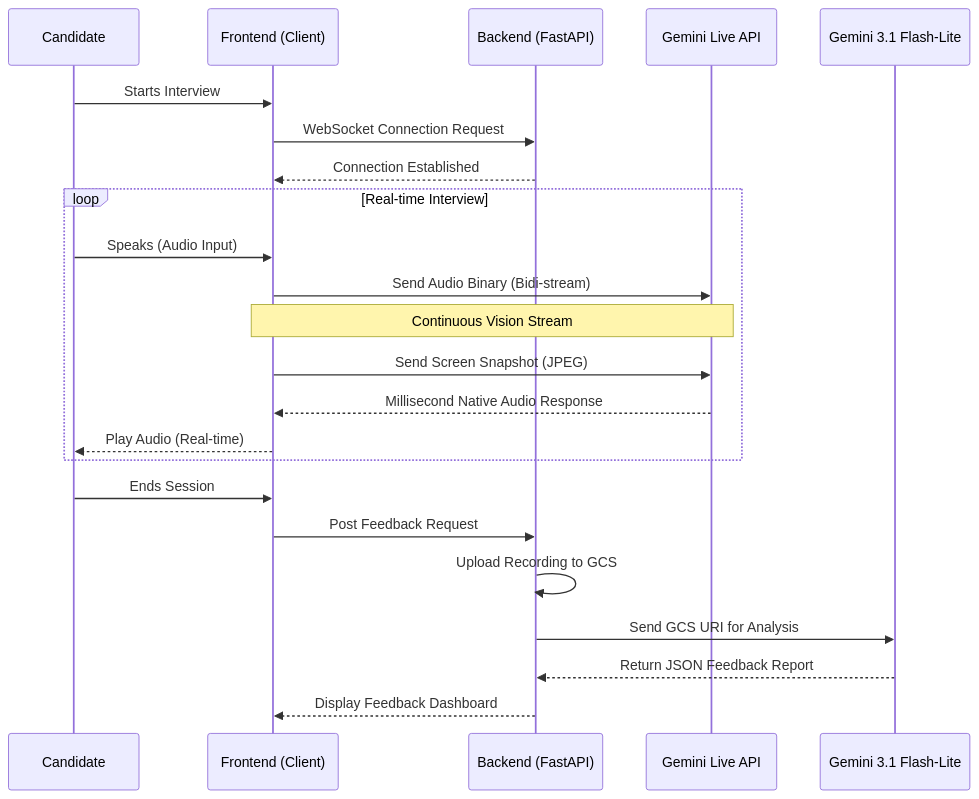
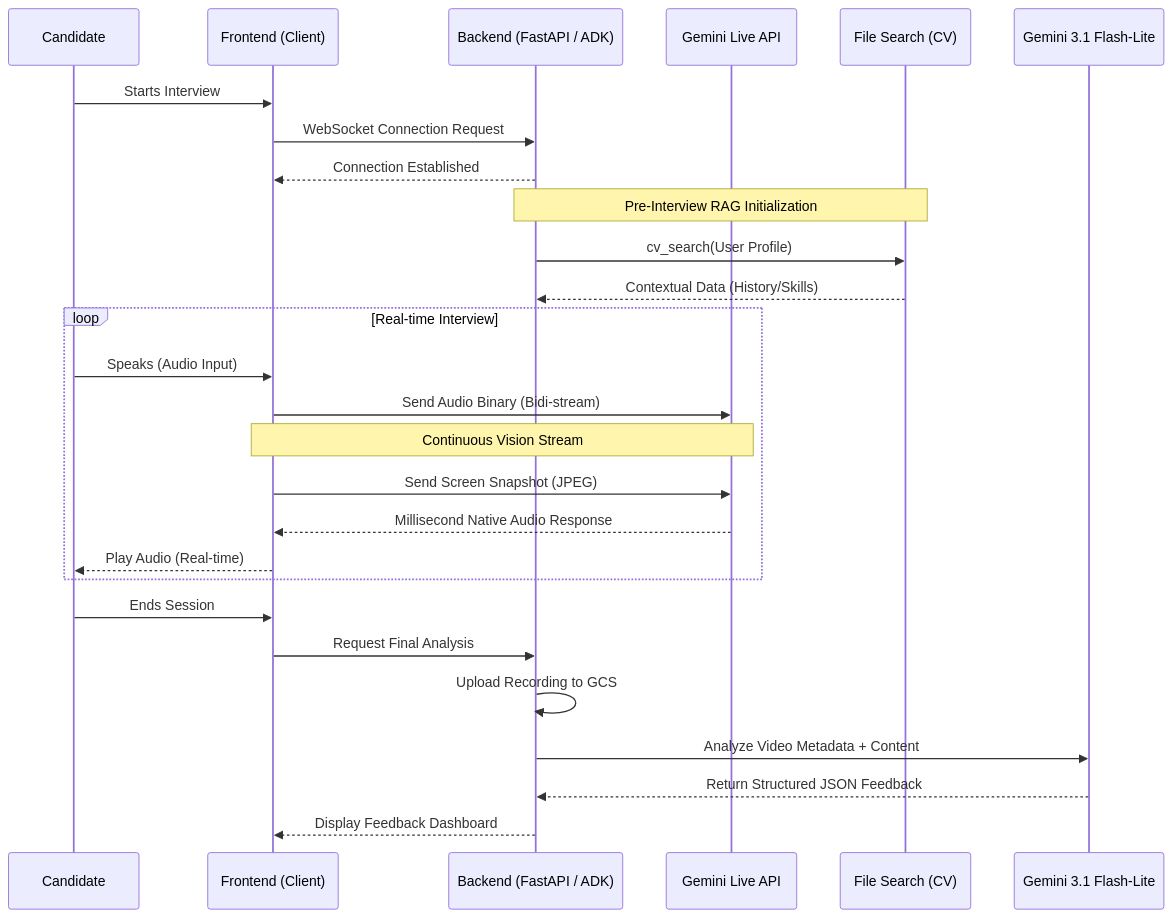
The second of 3 diagrams in ARCHITECTURE.md (ChristChad-mv/mockInterview.ai), drawn with Mermaid before and after one commit. The commit also changed other lines of this file, not shown here.

Commit message:
docs: improve architecture diagrams for hackathon submission

````diff
--- a/ARCHITECTURE.md
+++ b/ARCHITECTURE.md
@@ -57,30 +69,35 @@
 ```mermaid
 sequenceDiagram
     participant U as Candidate
     participant C as Frontend (Client)
-    participant S as Backend (FastAPI)
+    participant S as Backend (FastAPI / ADK)
     participant GL as Gemini Live API
+    participant CV as File Search (CV)
     participant G3 as Gemini 3.1 Flash-Lite
 
     U->>C: Starts Interview
     C->>S: WebSocket Connection Request
     S-->>C: Connection Established
+    
+    Note over S,CV: Pre-Interview RAG Initialization
+    S->>CV: cv_search(User Profile)
+    CV-->>S: Contextual Data (History/Skills)
     
     loop Real-time Interview
         U->>C: Speaks (Audio Input)
         C->>GL: Send Audio Binary (Bidi-stream)
         
         Note over C,GL: Continuous Vision Stream
         C->>GL: Send Screen Snapshot (JPEG)
         
         GL-->>C: Millisecond Native Audio Response
         C-->>U: Play Audio (Real-time)
     end
 
     U->>C: Ends Session
-    C->>S: Post Feedback Request
+    C->>S: Request Final Analysis
     S->>S: Upload Recording to GCS
-    S->>G3: Send GCS URI for Analysis
-    G3-->>S: Return JSON Feedback Report
+    S->>G3: Analyze Video Metadata + Content
+    G3-->>S: Return Structured JSON Feedback
     S-->>C: Display Feedback Dashboard
 ```
````
